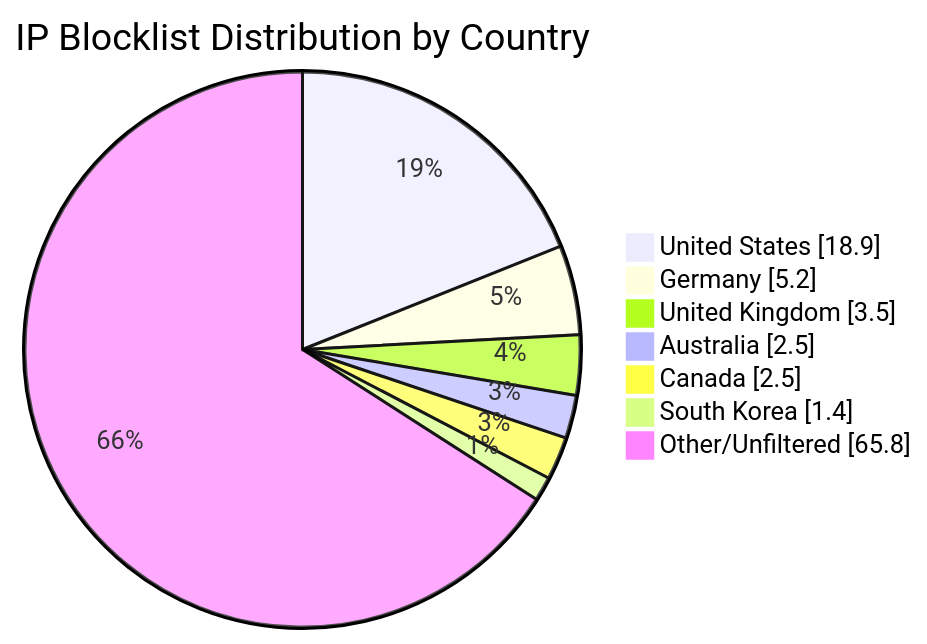
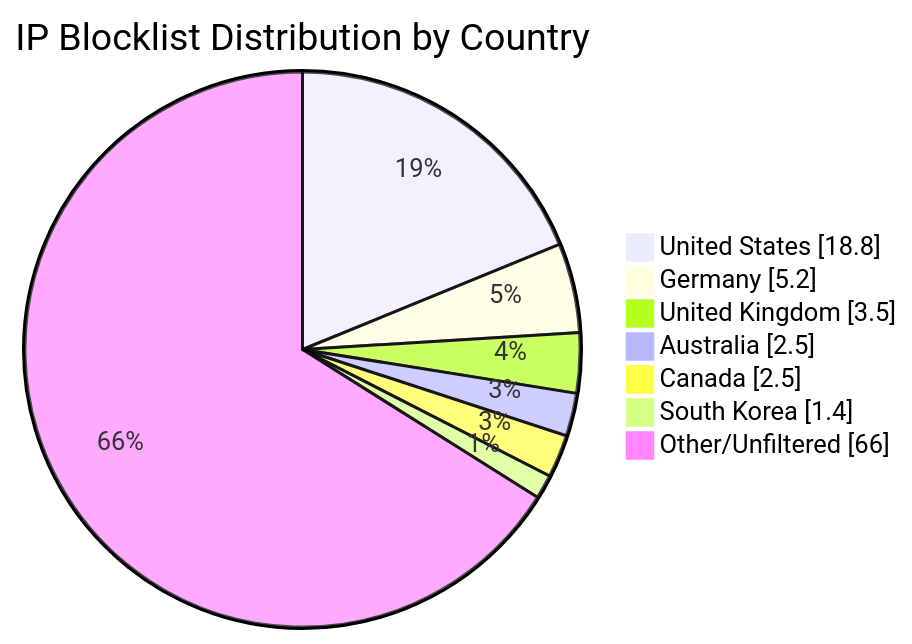
The diagram in README.md (MarcusHoltz/ipblocklist-geofiltered-aggregator), drawn with Mermaid before and after one commit. The commit also changed other lines of this file and 9 other files, not shown here.

````diff
--- a/README.md
+++ b/README.md
@@ -34,10 +34,10 @@
 ```mermaid
 pie showData title IP Blocklist Distribution by Country
-"United States" : 18.9
+"United States" : 18.8
 "Germany" : 5.2
 "United Kingdom" : 3.5
 "Australia" : 2.5
 "Canada" : 2.5
 "South Korea" : 1.4
-"Other/Unfiltered" : 65.8
+"Other/Unfiltered" : 66.0
 ```
````
